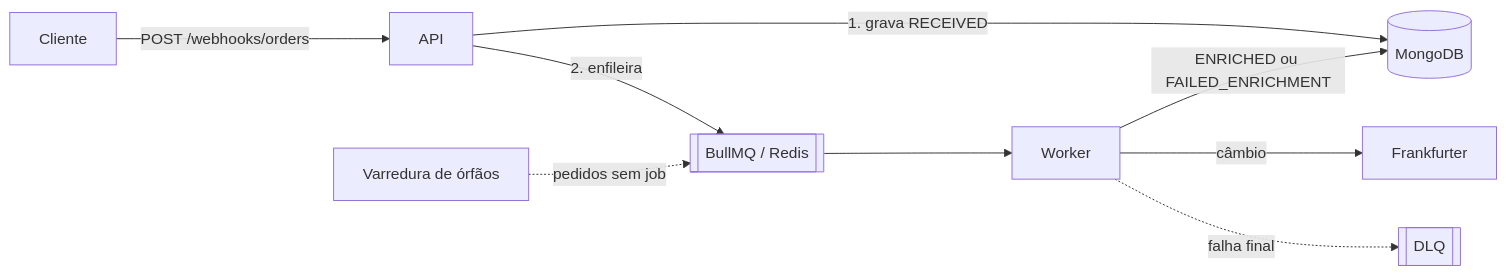
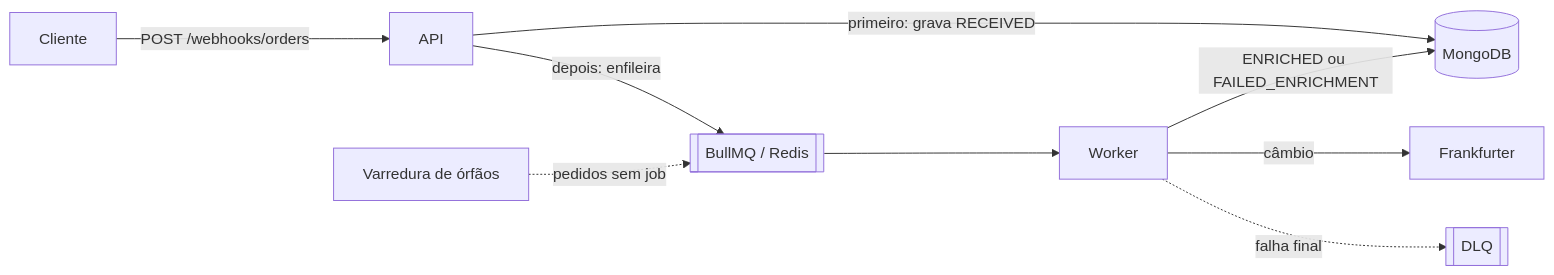
One commit to Konbeda/orquestrador-de-pedidos changed the first of 2 diagrams in README.md. Above: the diagram before and after it, drawn with Mermaid. The commit also changed other lines of this file and 1 other file, not shown here.

First line of the commit message:
ci: GitHub Actions pipeline; README state diagram and "what if" table

````diff
--- a/README.md
+++ b/README.md
@@ -12,11 +12,11 @@
 ```mermaid
 flowchart LR
     C[Cliente] -->|POST /webhooks/orders| API
-    API -->|1. grava RECEIVED| M[(MongoDB)]
-    API -->|2. enfileira| Q[[BullMQ / Redis]]
+    API -->|primeiro: grava RECEIVED| M[(MongoDB)]
+    API -->|depois: enfileira| Q[[BullMQ / Redis]]
     Q --> W[Worker]
     W -->|câmbio| F[Frankfurter]
     W -->|ENRICHED ou FAILED_ENRICHMENT| M
     W -.falha final.-> DLQ[[DLQ]]
     S[Varredura de órfãos] -.pedidos sem job.-> Q
 ```
````
